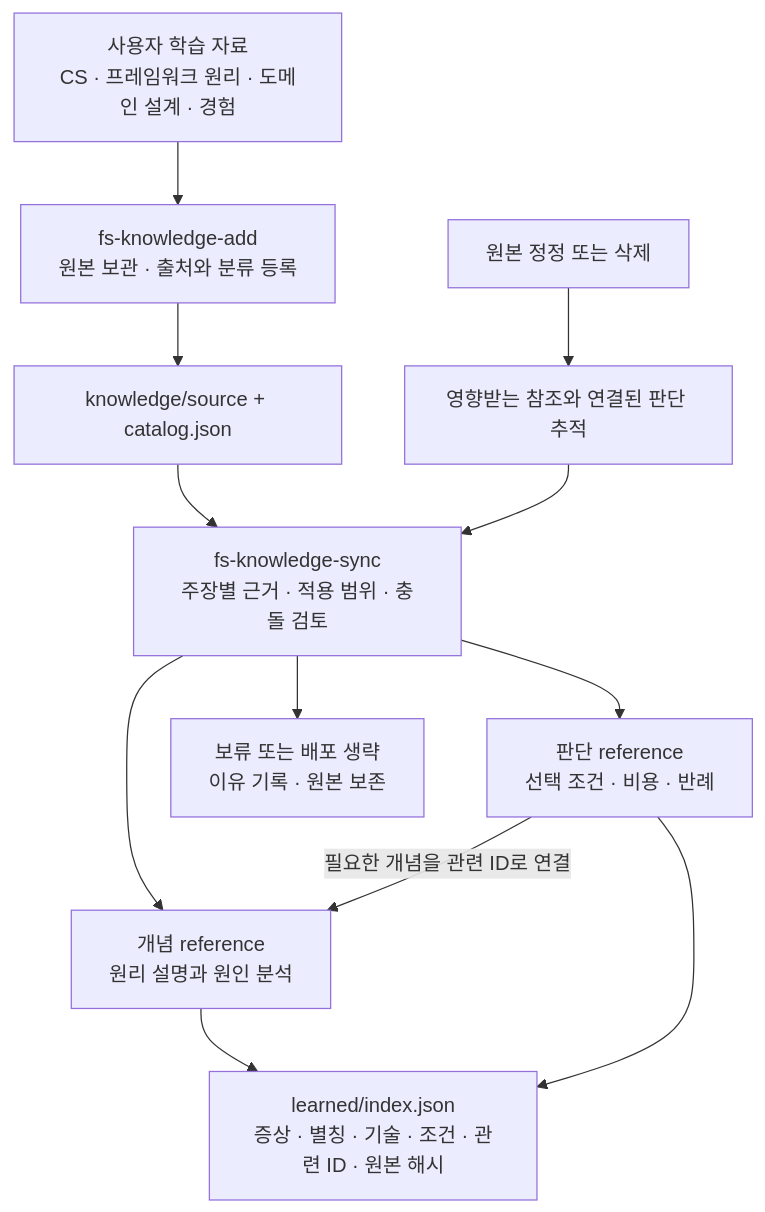
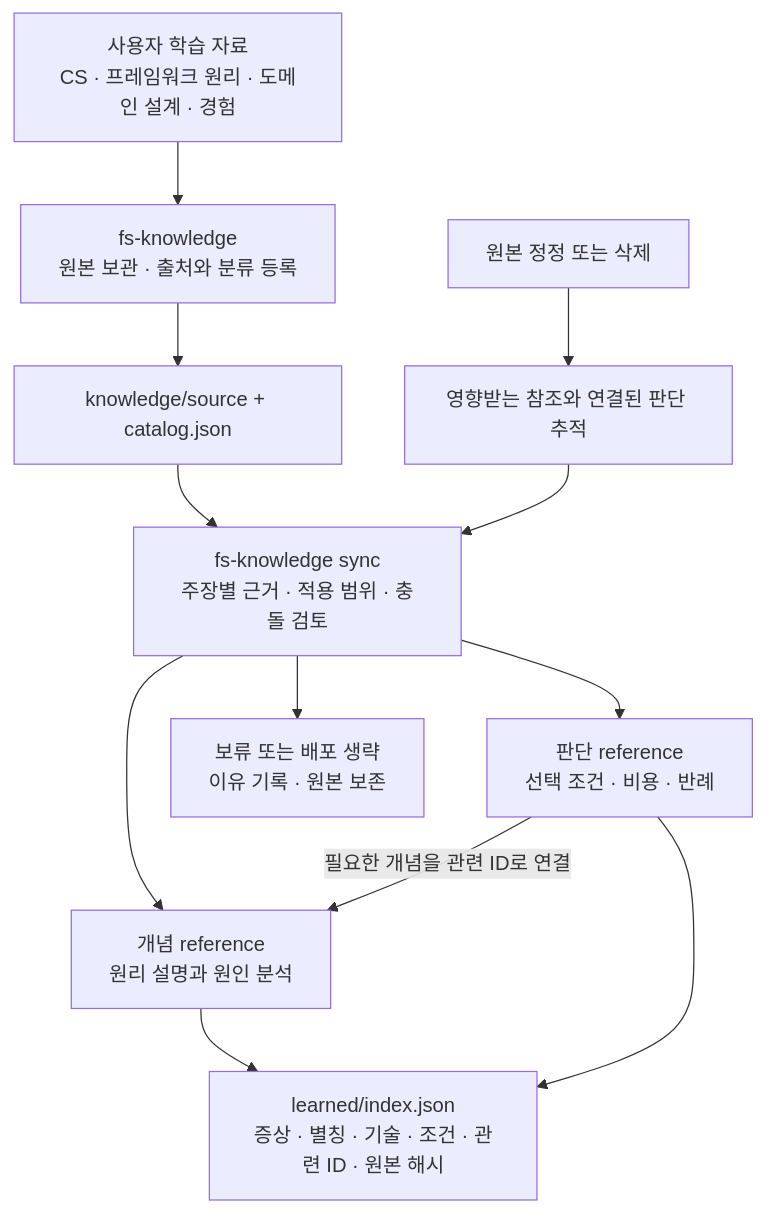
The first of 2 diagrams in references/learned/README.md (Yelihi/frontend-system), drawn with Mermaid before and after one commit. The commit also changed other lines of this file and 98 other files, not shown here.

Commit message:
feat: FS 0.2.0 검증 정책과 지식 갱신 워크플로우 구현

````diff
--- a/references/learned/README.md
+++ b/references/learned/README.md
@@ -13,14 +13,14 @@
 ```mermaid
 flowchart TD
-    A["사용자 학습 자료<br/>CS · 프레임워크 원리 · 도메인 설계 · 경험"] --> B["fs-knowledge-add<br/>원본 보관 · 출처와 분류 등록"]
+    A["사용자 학습 자료<br/>CS · 프레임워크 원리 · 도메인 설계 · 경험"] --> B["fs-knowledge<br/>원본 보관 · 출처와 분류 등록"]
     B --> C["knowledge/source + catalog.json"]
-    C --> D["fs-knowledge-sync<br/>주장별 근거 · 적용 범위 · 충돌 검토"]
+    C --> D["fs-knowledge sync<br/>주장별 근거 · 적용 범위 · 충돌 검토"]
     D --> E["개념 reference<br/>원리 설명과 원인 분석"]
     D --> F["판단 reference<br/>선택 조건 · 비용 · 반례"]
     D --> G["보류 또는 배포 생략<br/>이유 기록 · 원본 보존"]
     E --> H["learned/index.json<br/>증상 · 별칭 · 기술 · 조건 · 관련 ID · 원본 해시"]
     F --> H
     F -->|"필요한 개념을 관련 ID로 연결"| E
     I["원본 정정 또는 삭제"] --> J["영향받는 참조와 연결된 판단 추적"]
     J --> D
 ```
````
